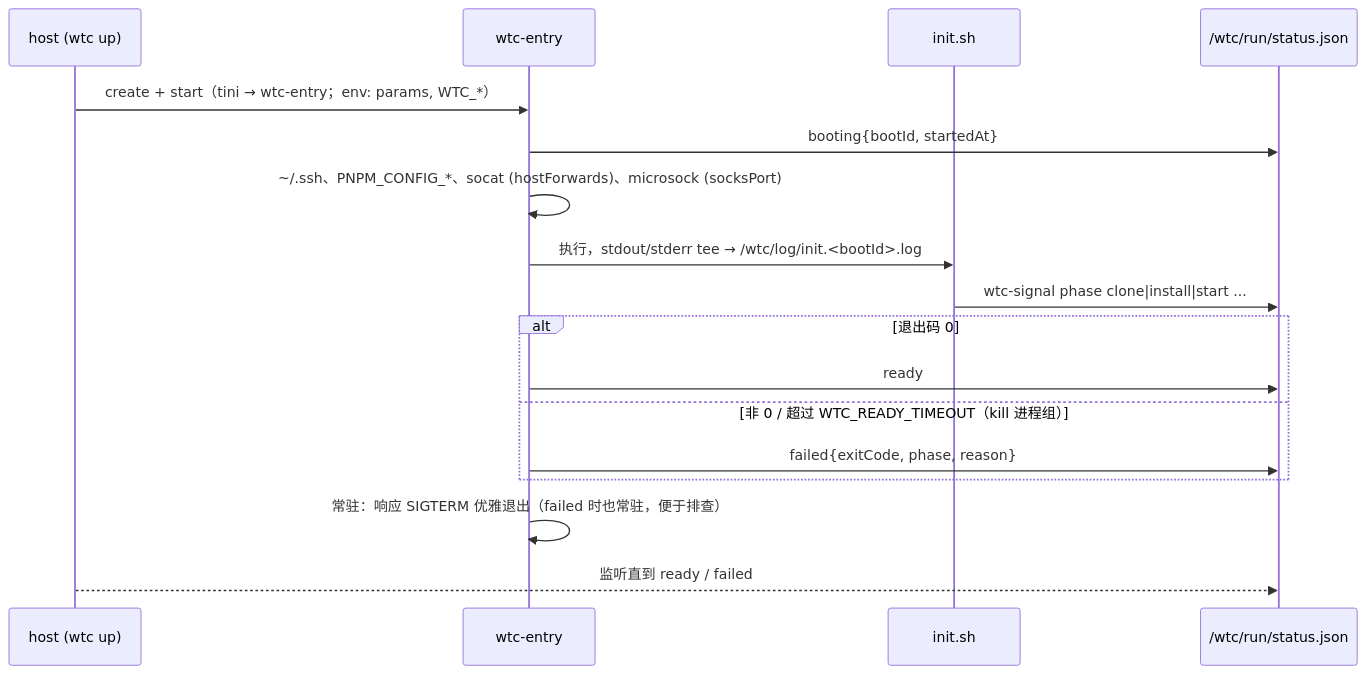
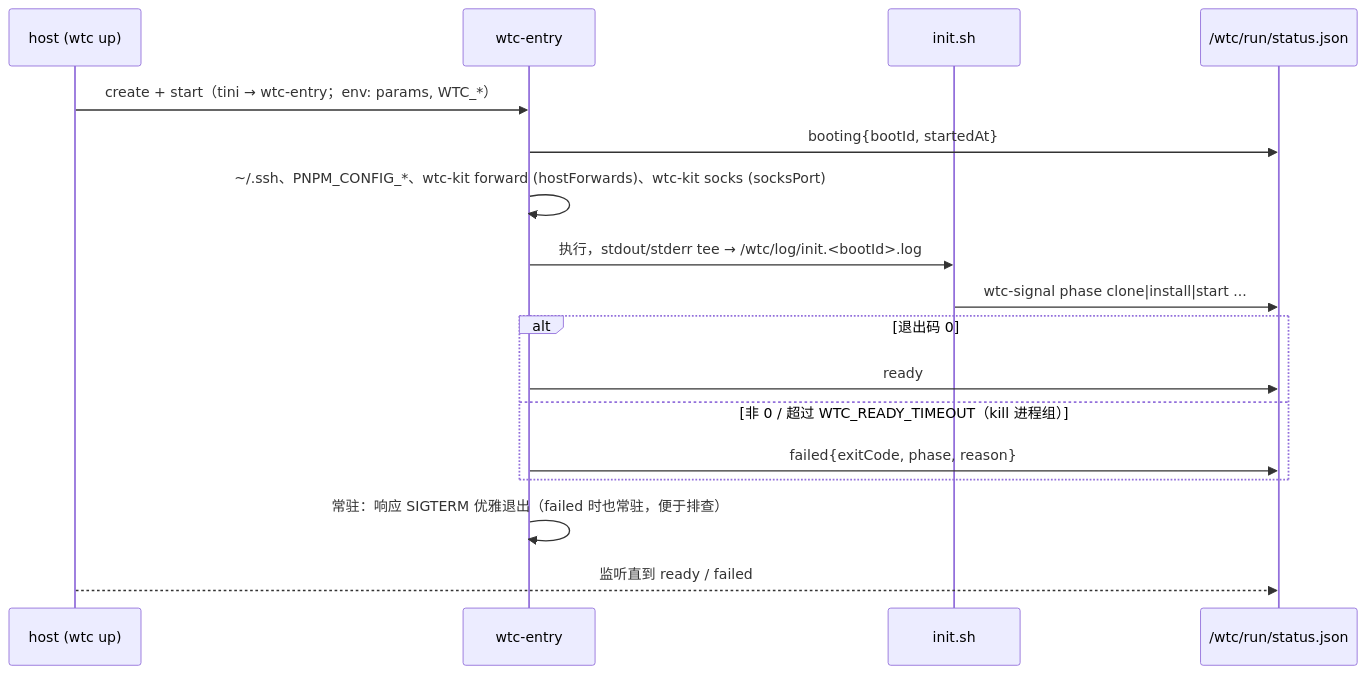
One commit to lyonbot/wtc changed the second of 4 diagrams in docs/superpowers/specs/2026-09-30-wtc-design.md. Above: the diagram before and after it, drawn with Mermaid. The commit also changed other lines of this file, not shown here.

Commit message:
docs(spec): use Go wtc-kit in container, add socksAuth

````diff
--- a/docs/superpowers/specs/2026-09-30-wtc-design.md
+++ b/docs/superpowers/specs/2026-09-30-wtc-design.md
@@ -203,19 +205,19 @@
 ```mermaid
 sequenceDiagram
   participant H as host (wtc up)
   participant E as wtc-entry
   participant I as init.sh
   participant S as /wtc/run/status.json
   H->>E: create + start（tini → wtc-entry；env: params, WTC_*）
   E->>S: booting{bootId, startedAt}
-  E->>E: ~/.ssh、PNPM_CONFIG_*、socat (hostForwards)、microsock (socksPort)
+  E->>E: ~/.ssh、PNPM_CONFIG_*、wtc-kit forward (hostForwards)、wtc-kit socks (socksPort)
   E->>I: 执行，stdout/stderr tee → /wtc/log/init.<bootId>.log
   I->>S: wtc-signal phase clone|install|start ...
   alt 退出码 0
     E->>S: ready
   else 非 0 / 超过 WTC_READY_TIMEOUT（kill 进程组）
     E->>S: failed{exitCode, phase, reason}
   end
   E->>E: 常驻：响应 SIGTERM 优雅退出（failed 时也常驻，便于排查）
   H-->>S: 监听直到 ready / failed
 ```
````
